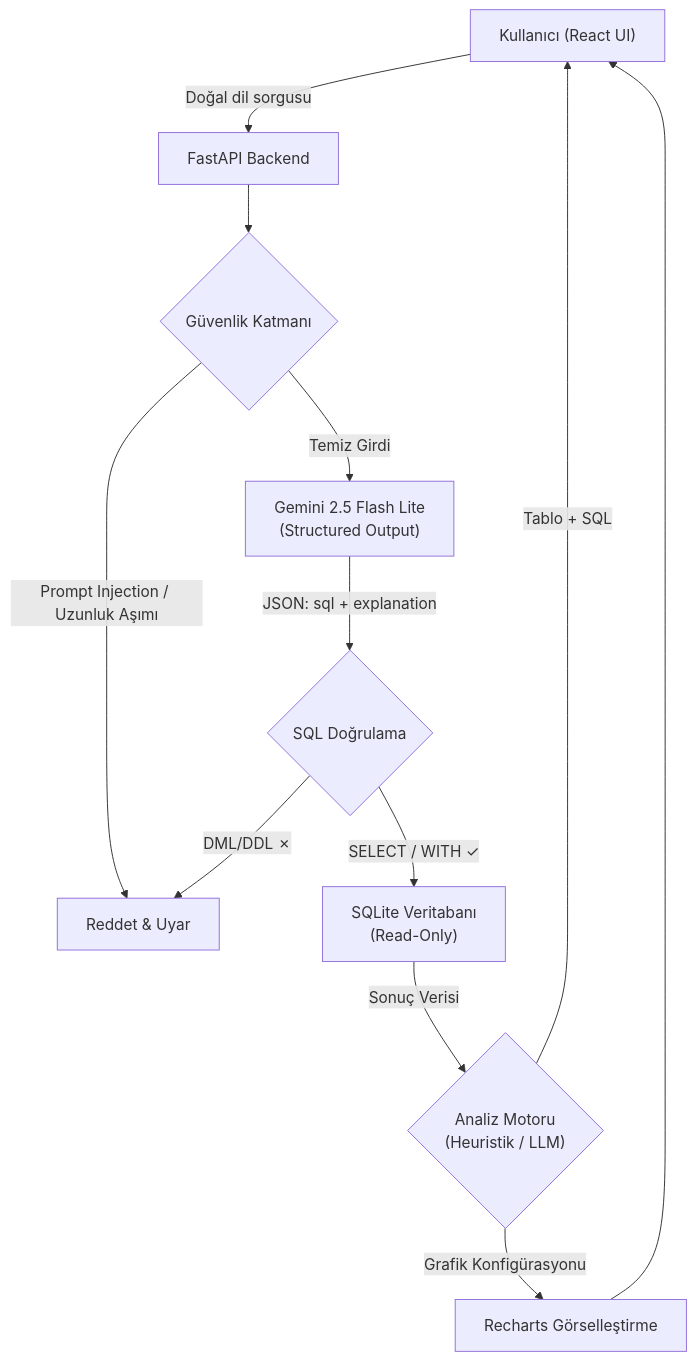
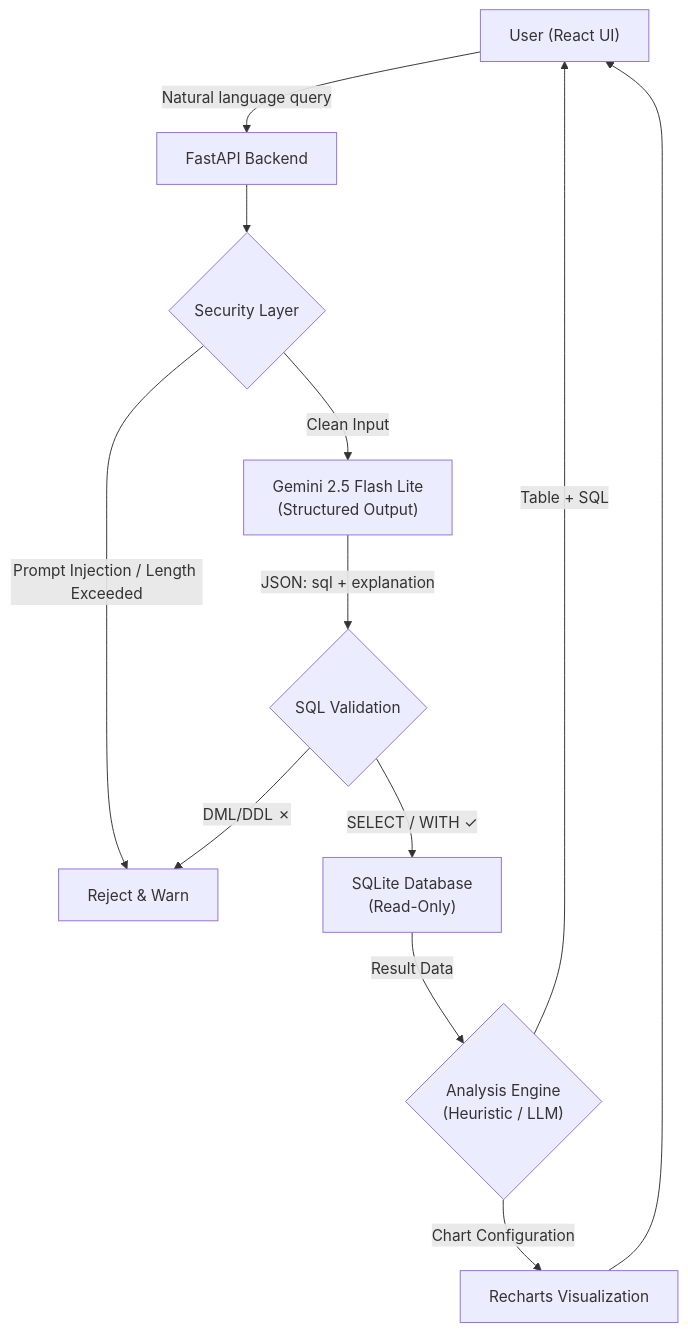
Before and after one commit to scbarut/Text-to-SQL-Query-Generator: the diagram in PRD.md, drawn with Mermaid. The commit also changed other lines of this file and 18 other files, not shown here.

Commit message:
feat(security): implement security layer, AST validation, rate limiting, and error UX

````diff
--- a/PRD.md
+++ b/PRD.md
@@ -46,14 +46,14 @@
 ```mermaid
 flowchart TD
-    A["Kullanıcı (React UI)"] -->|Doğal dil sorgusu| B["FastAPI Backend"]
-    B --> C{"Güvenlik Katmanı"}
-    C -->|"Prompt Injection / Uzunluk Aşımı"| D["Reddet & Uyar"]
-    C -->|"Temiz Girdi"| E["Gemini 2.5 Flash Lite\n(Structured Output)"]
-    E -->|"JSON: sql + explanation"| F{"SQL Doğrulama"}
-    F -->|"SELECT / WITH ✓"| G["SQLite Veritabanı\n(Read-Only)"]
+    A["User (React UI)"] -->|Natural language query| B["FastAPI Backend"]
+    B --> C{"Security Layer"}
+    C -->|"Prompt Injection / Length Exceeded"| D["Reject & Warn"]
+    C -->|"Clean Input"| E["Gemini 2.5 Flash Lite\n(Structured Output)"]
+    E -->|"JSON: sql + explanation"| F{"SQL Validation"}
+    F -->|"SELECT / WITH ✓"| G["SQLite Database\n(Read-Only)"]
     F -->|"DML/DDL ✗"| D
-    G -->|"Sonuç Verisi"| H{"Analiz Motoru\n(Heuristik / LLM)"}
-    H -->|"Tablo + SQL"| A
-    H -->|"Grafik Konfigürasyonu"| I["Recharts Görselleştirme"]
+    G -->|"Result Data"| H{"Analysis Engine\n(Heuristic / LLM)"}
+    H -->|"Table + SQL"| A
+    H -->|"Chart Configuration"| I["Recharts Visualization"]
     I --> A
 ```
````
